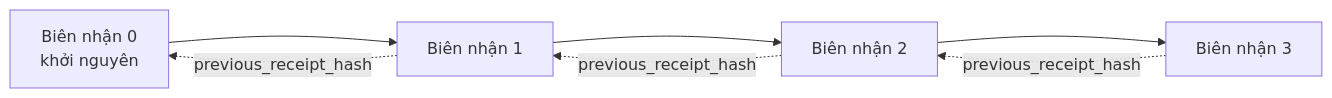
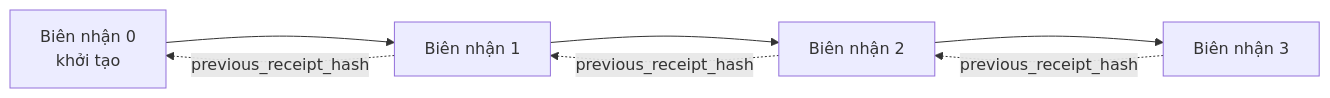
Before and after one commit to gabrielmoreira/agent-skills-mirror: the second of 2 diagrams in mirrors/repos/microsoft@ai-agents-for-beginners/translations/vi/18-securing-ai-agents/README.md, drawn with Mermaid. The commit also changed other lines of this file and 8886 other files, not shown here.

````diff
--- a/mirrors/repos/microsoft@ai-agents-for-beginners/translations/vi/18-securing-ai-agents/README.md
+++ b/mirrors/repos/microsoft@ai-agents-for-beginners/translations/vi/18-securing-ai-agents/README.md
@@ -206,9 +206,9 @@
 ```mermaid
 flowchart LR
-    R0[Biên nhận 0<br/>khởi nguyên] --> R1[Biên nhận 1]
+    R0[Biên nhận 0<br/>khởi tạo] --> R1[Biên nhận 1]
     R1 --> R2[Biên nhận 2]
     R2 --> R3[Biên nhận 3]
     R1 -. previous_receipt_hash .-> R0
     R2 -. previous_receipt_hash .-> R1
     R3 -. previous_receipt_hash .-> R2
 ```
````
